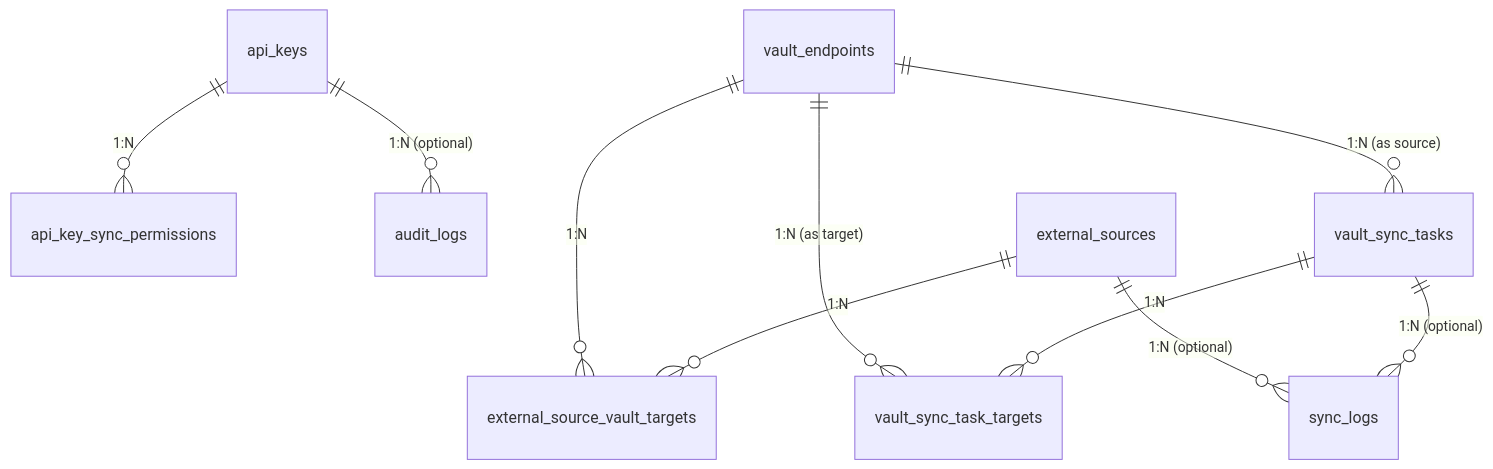
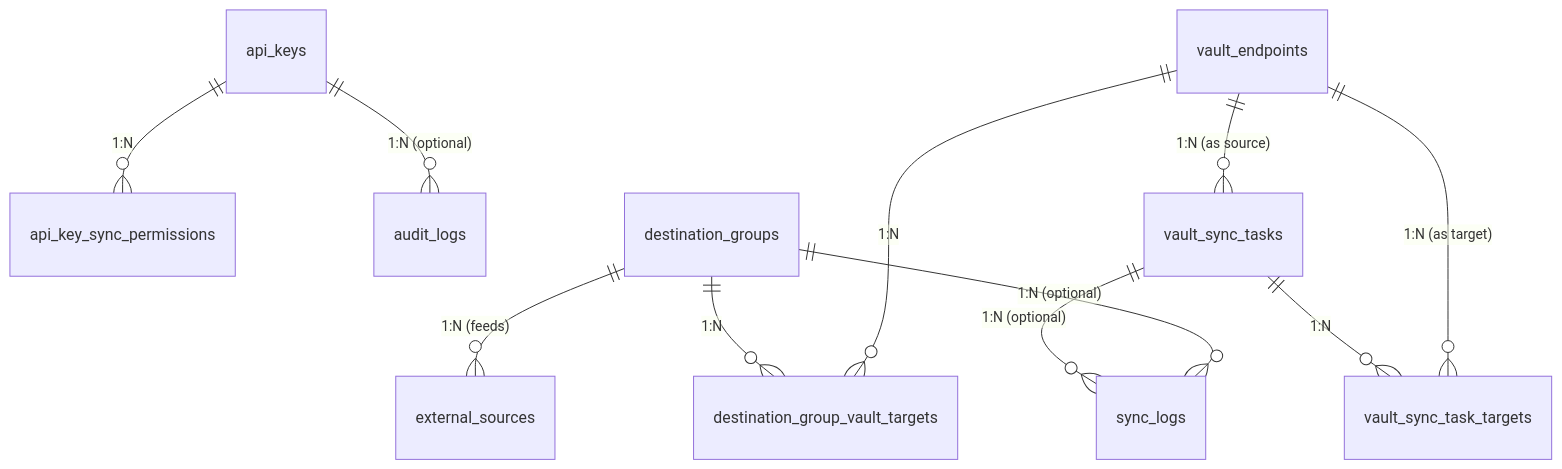
One commit to studyfranco/simply_ip_sync changed the diagram in SCHEMA.MD. Above: the diagram before and after it, drawn with Mermaid. The commit also changed other lines of this file and 43 other files, not shown here.

````diff
--- a/SCHEMA.MD
+++ b/SCHEMA.MD
@@ -11,15 +11,16 @@
 ```mermaid
 erDiagram
     api_keys ||--o{ api_key_sync_permissions : "1:N"
     api_keys ||--o{ audit_logs : "1:N (optional)"
     
-    vault_endpoints ||--o{ external_source_vault_targets : "1:N"
-    external_sources ||--o{ external_source_vault_targets : "1:N"
+    vault_endpoints ||--o{ destination_group_vault_targets : "1:N"
+    destination_groups ||--o{ destination_group_vault_targets : "1:N"
+    destination_groups ||--o{ external_sources : "1:N (feeds)"
     
     vault_endpoints ||--o{ vault_sync_tasks : "1:N (as source)"
     vault_endpoints ||--o{ vault_sync_task_targets : "1:N (as target)"
     vault_sync_tasks ||--o{ vault_sync_task_targets : "1:N"
     
-    external_sources ||--o{ sync_logs : "1:N (optional)"
+    destination_groups ||--o{ sync_logs : "1:N (optional)"
     vault_sync_tasks ||--o{ sync_logs : "1:N (optional)"
 ```
````
